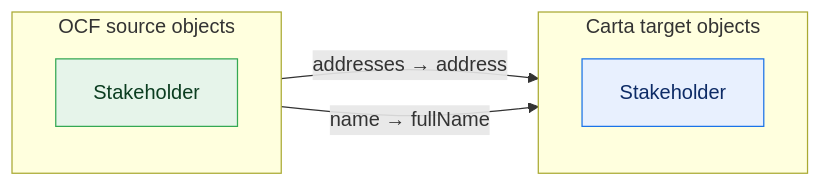
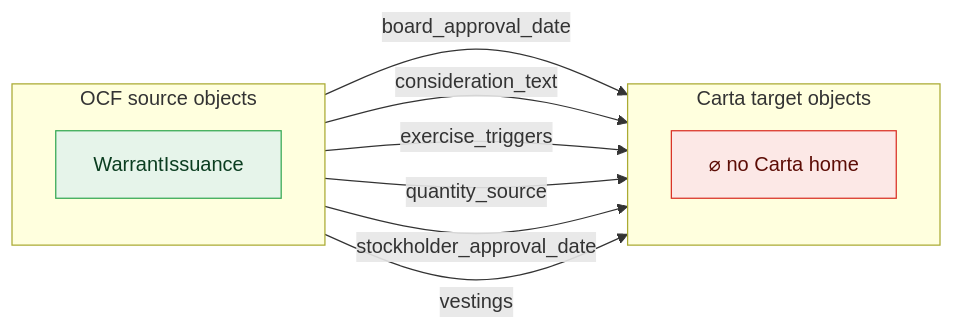
Before and after one commit to Open-Cap-Table-Coalition/OCF-Composed-Schemas: the sixth of 32 diagrams in core-rich/core-gaps.md, drawn with Mermaid. The commit also changed other lines of this file and 11 other files, not shown here.

First line of the commit message:
Flow diagrams: one fully separate diagram per OCF object flavor

````diff
--- a/core-rich/core-gaps.md
+++ b/core-rich/core-gaps.md
@@ -16,17 +153,21 @@
 ```mermaid
 flowchart LR
   classDef adm fill:#e6f4ea,stroke:#34a853,color:#0b3d20;
   classDef notadm fill:#f1f3f4,stroke:#9aa0a6,color:#5f6368,stroke-dasharray:4 3;
   classDef carta fill:#e8f0fe,stroke:#1a73e8,color:#0d2b66;
   classDef sink fill:#fce8e6,stroke:#d93025,color:#5c0d06;
   subgraph SRC["OCF source objects"]
     direction TB
-    o0["Stakeholder"]:::adm
+    o0["WarrantIssuance"]:::adm
   end
   subgraph TGT["Carta target objects"]
     direction TB
-    t0["Stakeholder"]:::carta
+    sink["⌀ no Carta home"]:::sink
   end
-  o0 -->|"addresses → address"| t0
-  o0 -->|"name → fullName"| t0
+  o0 -->|"board_approval_date"| sink
+  o0 -->|"consideration_text"| sink
+  o0 -->|"exercise_triggers"| sink
+  o0 -->|"quantity_source"| sink
+  o0 -->|"stockholder_approval_date"| sink
+  o0 -->|"vestings"| sink
 ```
````
